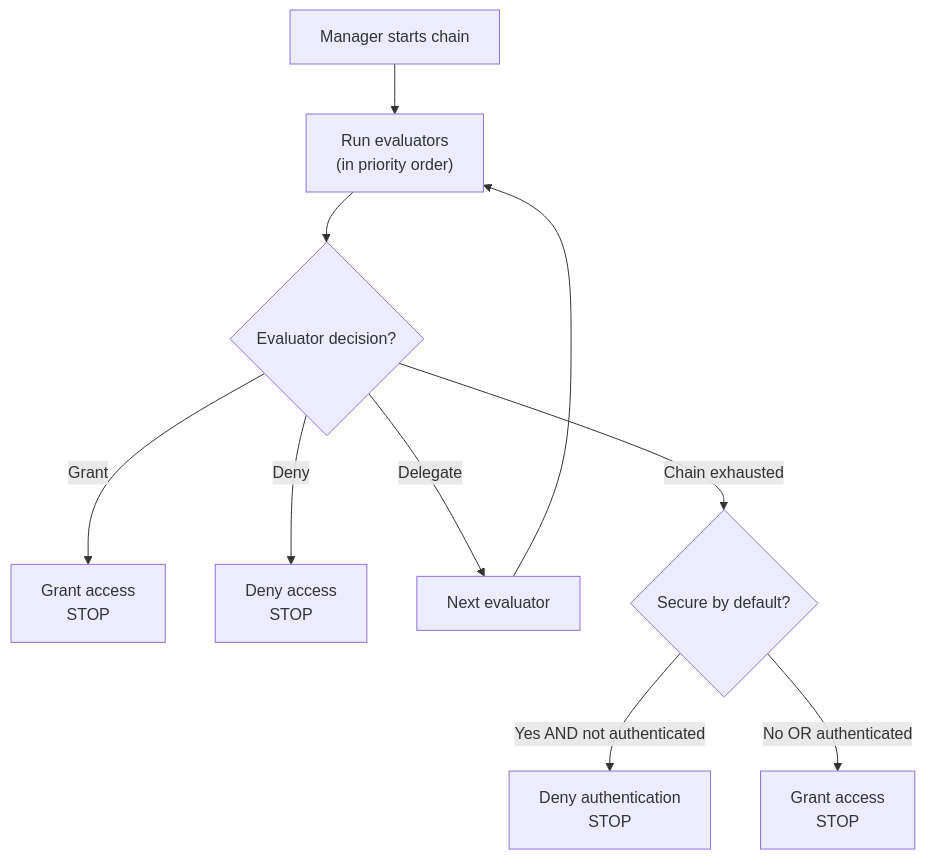
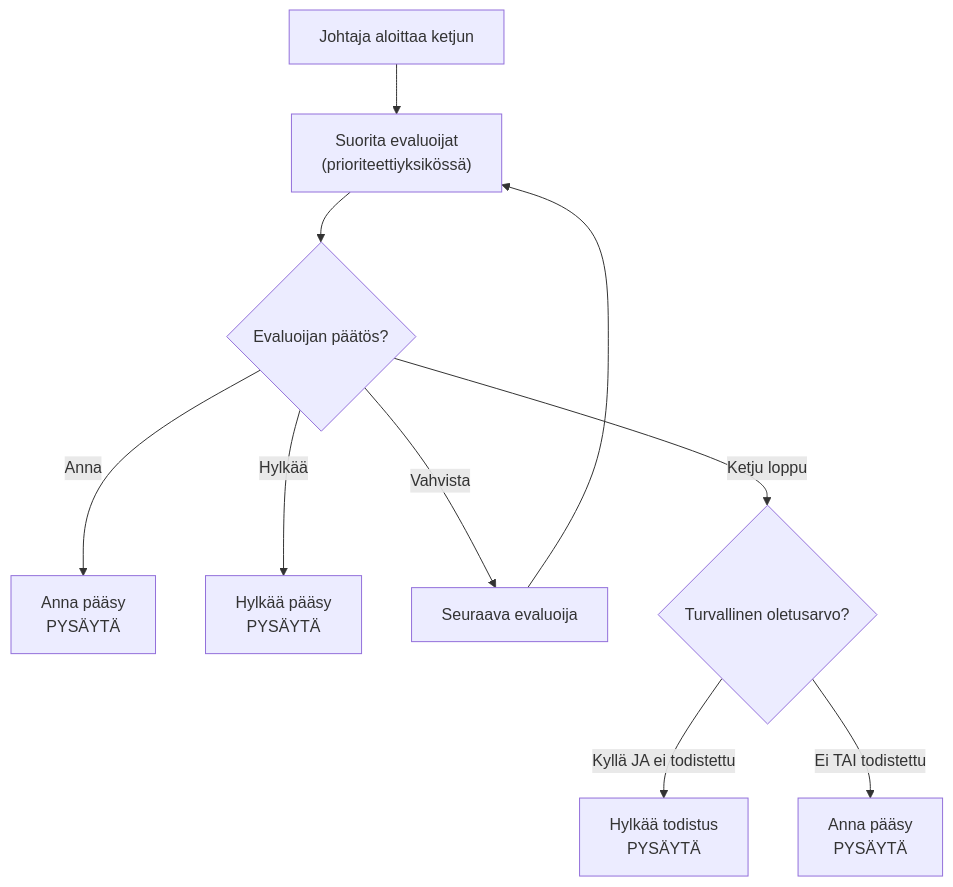
One commit to webforj/webforj-documentation changed the diagram in docs/i18n/fi/docusaurus-plugin-content-docs/current/security/architecture/evaluator-chain.md. Above: the diagram before and after it, drawn with Mermaid. The commit also changed other lines of this file and 11 other files, not shown here.

````diff
--- a/docs/i18n/fi/docusaurus-plugin-content-docs/current/security/architecture/evaluator-chain.md
+++ b/docs/i18n/fi/docusaurus-plugin-content-docs/current/security/architecture/evaluator-chain.md
@@ -45,15 +45,15 @@
 ```mermaid
 flowchart TD
-    Start["Manager starts chain"] --> Eval["Run evaluators<br/>(in priority order)"]
+    Start["Johtaja aloittaa ketjun"] --> Eval["Suorita evaluoijat<br/>(prioriteettiyksikössä)"]
 
-    Eval --> Check{"Evaluator decision?"}
-    Check -->|Grant| Grant["Grant access<br/>STOP"]
-    Check -->|Deny| Deny["Deny access<br/>STOP"]
-    Check -->|Delegate| Next["Next evaluator"]
+    Eval --> Check{"Evaluoijan päätös?"}
+    Check -->|Anna| Grant["Anna pääsy<br/>PYSÄYTÄ"]
+    Check -->|Hylkää| Deny["Hylkää pääsy<br/>PYSÄYTÄ"]
+    Check -->|Vahvista| Next["Seuraava evaluoija"]
 
     Next --> Eval
 
-    Check -->|Chain exhausted| Default{"Secure by default?"}
-    Default -->|Yes AND not authenticated| DenyDefault["Deny authentication<br/>STOP"]
-    Default -->|No OR authenticated| GrantDefault["Grant access<br/>STOP"]
+    Check -->|Ketju loppu| Default{"Turvallinen oletusarvo?"}
+    Default -->|Kyllä JA ei todistettu| DenyDefault["Hylkää todistus<br/>PYSÄYTÄ"]
+    Default -->|Ei TAI todistettu| GrantDefault["Anna pääsy<br/>PYSÄYTÄ"]
 ```
````
